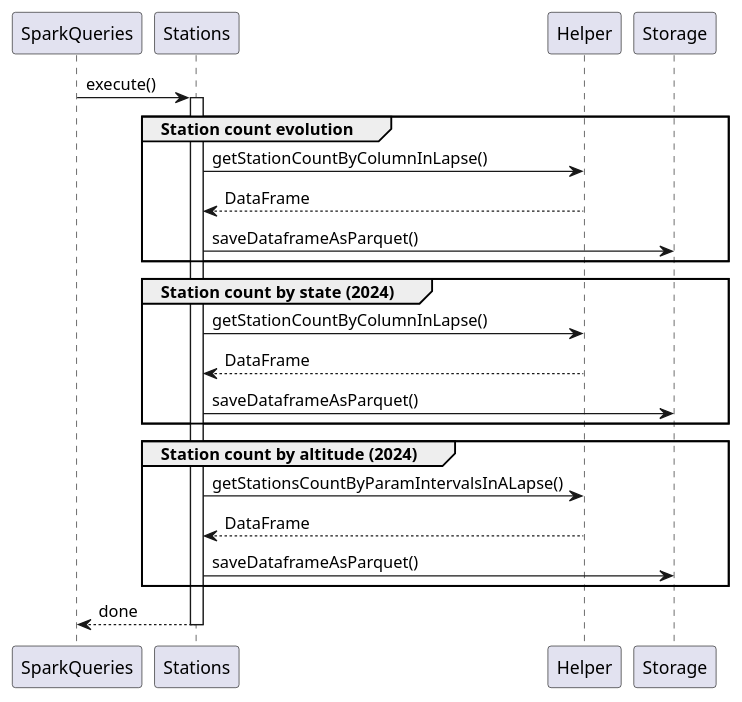
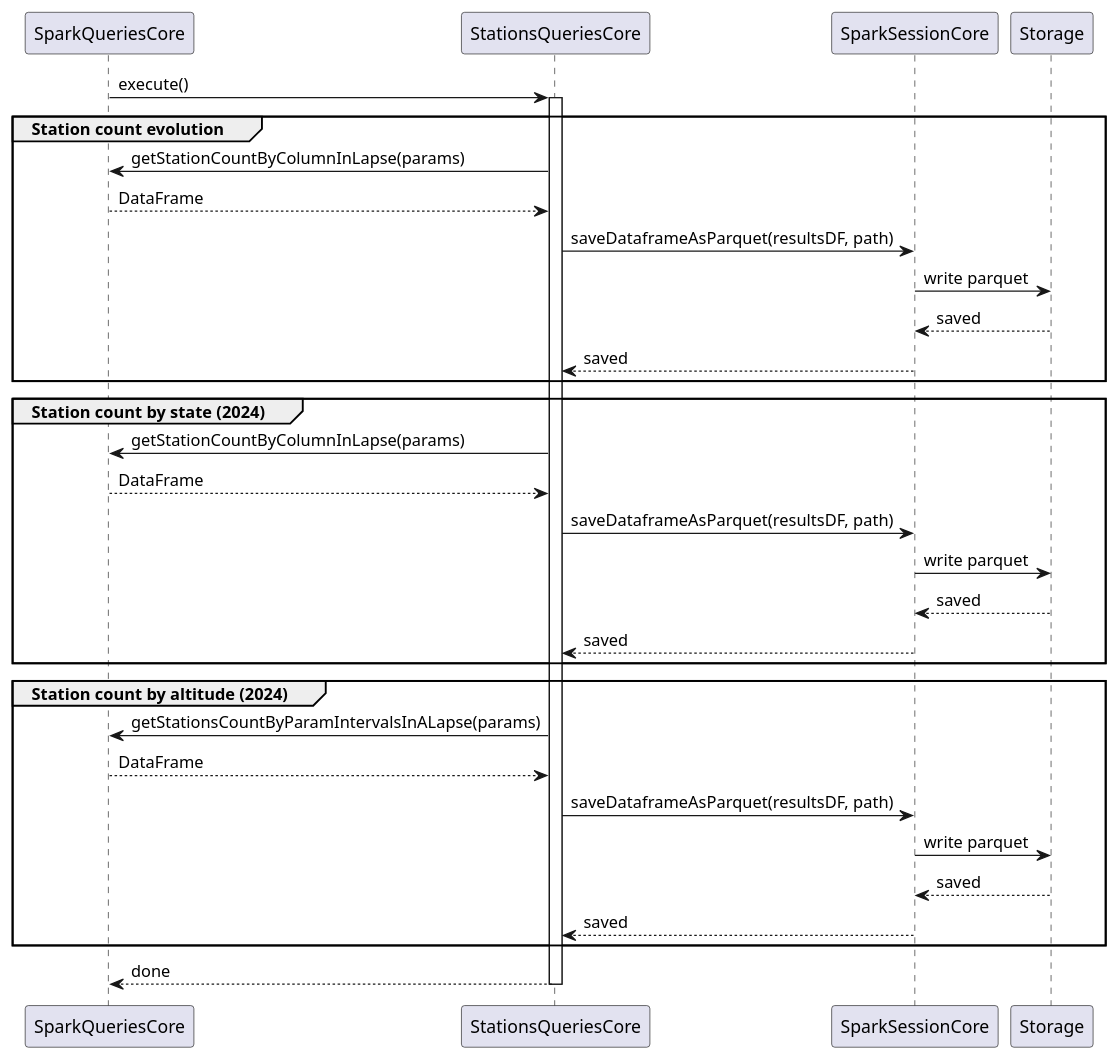
One commit to cfkr-dev/aemet_spark_study changed the diagram in big-data-core/documentation/plantuml/spark/stations_execution.plantuml. Above: the diagram before and after it, drawn with PlantUML. The commit also changed 88 other files, not shown here.

Commit message:
Added plantuml diagrams. Regenerated scala documentation.

```diff
--- a/big-data-core/documentation/plantuml/spark/stations_execution.plantuml
+++ b/big-data-core/documentation/plantuml/spark/stations_execution.plantuml
@@ -1,31 +1,40 @@
 @startuml
-participant "SparkQueries" as SQ
-participant "Stations" as ST
-participant "Helper" as H
-participant "Storage" as S
+participant "SparkQueriesCore" as SPARK_QUERIES_CORE
+participant "StationsQueriesCore" as STATIONS_QUERIES_CORE
+participant "SparkSessionCore" as SPARK_SESSION_CORE
+participant "Storage" as STORAGE
 
-SQ -> ST : execute()
-activate ST
+SPARK_QUERIES_CORE -> STATIONS_QUERIES_CORE : execute()
+activate STATIONS_QUERIES_CORE
 
 group Station count evolution
-    ST -> H : getStationCountByColumnInLapse()
-    H --> ST : DataFrame
-    ST -> S : saveDataframeAsParquet()
+    STATIONS_QUERIES_CORE -> SPARK_QUERIES_CORE : getStationCountByColumnInLapse(params)
+    SPARK_QUERIES_CORE --> STATIONS_QUERIES_CORE : DataFrame
+    STATIONS_QUERIES_CORE -> SPARK_SESSION_CORE : saveDataframeAsParquet(resultsDF, path)
+    SPARK_SESSION_CORE -> STORAGE : write parquet
+    STORAGE --> SPARK_SESSION_CORE : saved
+    SPARK_SESSION_CORE --> STATIONS_QUERIES_CORE : saved
 end
 
 group Station count by state (2024)
-    ST -> H : getStationCountByColumnInLapse()
-    H --> ST : DataFrame
-    ST -> S : saveDataframeAsParquet()
+    STATIONS_QUERIES_CORE -> SPARK_QUERIES_CORE : getStationCountByColumnInLapse(params)
+    SPARK_QUERIES_CORE --> STATIONS_QUERIES_CORE : DataFrame
+    STATIONS_QUERIES_CORE -> SPARK_SESSION_CORE : saveDataframeAsParquet(resultsDF, path)
+    SPARK_SESSION_CORE -> STORAGE : write parquet
+    STORAGE --> SPARK_SESSION_CORE : saved
+    SPARK_SESSION_CORE --> STATIONS_QUERIES_CORE : saved
 end
 
 group Station count by altitude (2024)
-    ST -> H : getStationsCountByParamIntervalsInALapse()
-    H --> ST : DataFrame
-    ST -> S : saveDataframeAsParquet()
+    STATIONS_QUERIES_CORE -> SPARK_QUERIES_CORE : getStationsCountByParamIntervalsInALapse(params)
+    SPARK_QUERIES_CORE --> STATIONS_QUERIES_CORE : DataFrame
+    STATIONS_QUERIES_CORE -> SPARK_SESSION_CORE : saveDataframeAsParquet(resultsDF, path)
+    SPARK_SESSION_CORE -> STORAGE : write parquet
+    STORAGE --> SPARK_SESSION_CORE : saved
+    SPARK_SESSION_CORE --> STATIONS_QUERIES_CORE : saved
 end
 
-ST --> SQ : done
-deactivate ST
+STATIONS_QUERIES_CORE --> SPARK_QUERIES_CORE : done
+deactivate STATIONS_QUERIES_CORE
 
 @enduml
```
